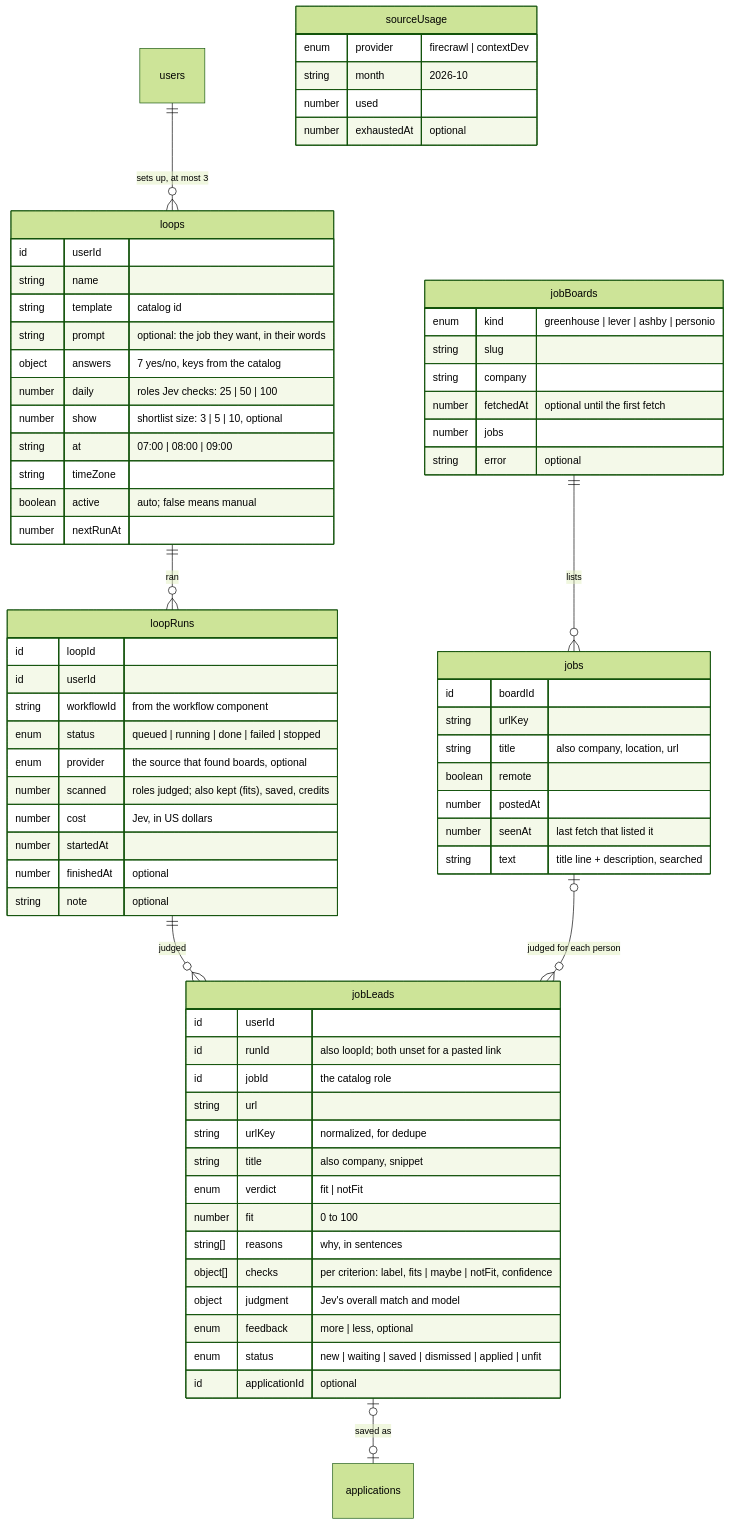
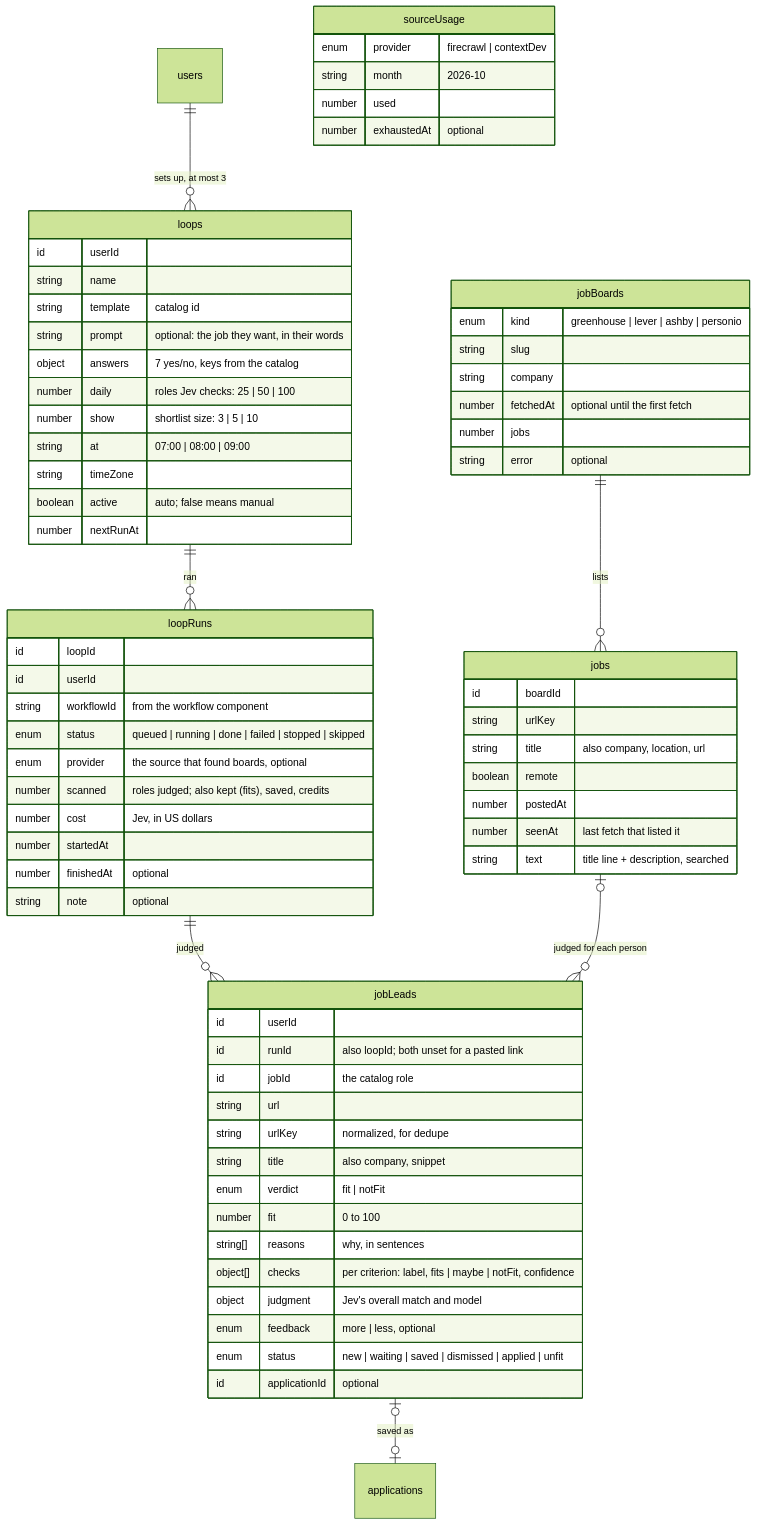
The second of 3 diagrams in docs/database-design.md (saranatour1/job-tracking-helper), drawn with Mermaid (forest theme) before and after one commit. The commit also changed other lines of this file and 9 other files, not shown here.

````diff
--- a/docs/database-design.md
+++ b/docs/database-design.md
@@ -275,74 +263,74 @@
 ```mermaid
 erDiagram
     users ||--o{ loops : "sets up, at most 3"
     loops ||--o{ loopRuns : "ran"
     loopRuns ||--o{ jobLeads : "judged"
     jobBoards ||--o{ jobs : "lists"
     jobs |o--o{ jobLeads : "judged for each person"
     jobLeads |o--o| applications : "saved as"
 
     loops {
         id userId
         string name
         string template "catalog id"
         string prompt "optional: the job they want, in their words"
         object answers "7 yes/no, keys from the catalog"
         number daily "roles Jev checks: 25 | 50 | 100"
-        number show "shortlist size: 3 | 5 | 10, optional"
+        number show "shortlist size: 3 | 5 | 10"
         string at "07:00 | 08:00 | 09:00"
         string timeZone
         boolean active "auto; false means manual"
         number nextRunAt
     }
     loopRuns {
         id loopId
         id userId
         string workflowId "from the workflow component"
-        enum status "queued | running | done | failed | stopped"
+        enum status "queued | running | done | failed | stopped | skipped"
         enum provider "the source that found boards, optional"
         number scanned "roles judged; also kept (fits), saved, credits"
         number cost "Jev, in US dollars"
         number startedAt
         number finishedAt "optional"
         string note "optional"
     }
     jobLeads {
         id userId
         id runId "also loopId; both unset for a pasted link"
         id jobId "the catalog role"
         string url
         string urlKey "normalized, for dedupe"
         string title "also company, snippet"
         enum verdict "fit | notFit"
         number fit "0 to 100"
         string[] reasons "why, in sentences"
         object[] checks "per criterion: label, fits | maybe | notFit, confidence"
         object judgment "Jev's overall match and model"
         enum feedback "more | less, optional"
         enum status "new | waiting | saved | dismissed | applied | unfit"
         id applicationId "optional"
     }
     jobs {
         id boardId
         string urlKey
         string title "also company, location, url"
         boolean remote
         number postedAt
         number seenAt "last fetch that listed it"
         string text "title line + description, searched"
     }
     jobBoards {
         enum kind "greenhouse | lever | ashby | personio"
         string slug
         string company
         number fetchedAt "optional until the first fetch"
         number jobs
         string error "optional"
     }
     sourceUsage {
         enum provider "firecrawl | contextDev"
         string month "2026-10"
         number used
         number exhaustedAt "optional"
     }
 ```
````
